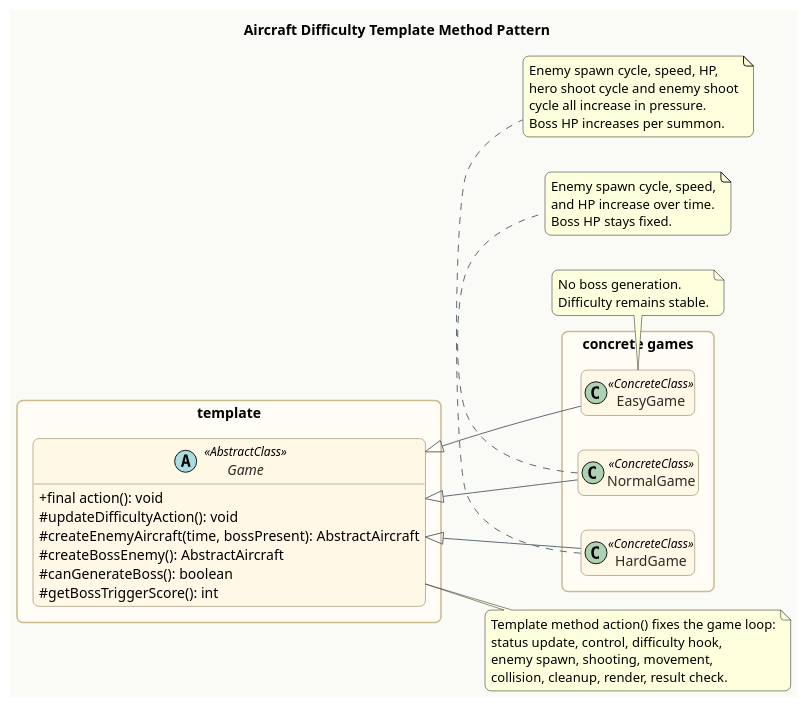
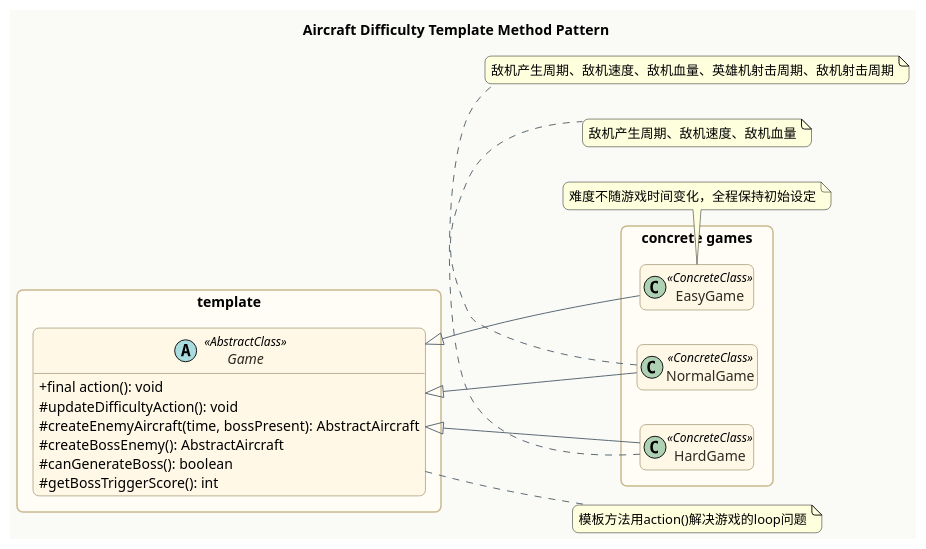
The diagram in uml/Template.puml (komariChikaA/planewar), drawn with PlantUML before and after one commit. The commit also changed 1 other file, not shown here.

```diff
--- a/uml/Template.puml
+++ b/uml/Template.puml
@@ -1,70 +1,61 @@
 @startuml
 title Aircraft Difficulty Template Method Pattern
 
 left to right direction
 skinparam backgroundColor #FAFAF7
 skinparam shadowing false
 skinparam roundcorner 12
 skinparam packageStyle rectangle
 skinparam classAttributeIconSize 0
 hide empty members
 
 skinparam package {
     BackgroundColor #FFFDF5
     BorderColor #C9B98F
 }
 
 skinparam class {
     BackgroundColor #FFF8E7
     BorderColor #7A6A43
     ArrowColor #5D6B75
     FontColor #2F2A22
 }
 
 package "template" {
     abstract class Game <<AbstractClass>> {
         + final action(): void
         # updateDifficultyAction(): void
         # createEnemyAircraft(time, bossPresent): AbstractAircraft
         # createBossEnemy(): AbstractAircraft
         # canGenerateBoss(): boolean
         # getBossTriggerScore(): int
     }
 }
 
 package "concrete games" {
     class EasyGame <<ConcreteClass>>
     class NormalGame <<ConcreteClass>>
     class HardGame <<ConcreteClass>>
 }
 
 Game <|-- EasyGame
 Game <|-- NormalGame
 Game <|-- HardGame
 
 note right of Game
-Template method action() fixes the game loop:
-status update, control, difficulty hook,
-enemy spawn, shooting, movement,
-collision, cleanup, render, result check.
+模板方法用action()解决游戏的loop问题
 end note
 
 note bottom of EasyGame
-No boss generation.
-Difficulty remains stable.
+难度不随游戏时间变化，全程保持初始设定
 end note
 
 note bottom of NormalGame
-Enemy spawn cycle, speed,
-and HP increase over time.
-Boss HP stays fixed.
+敌机产生周期、敌机速度、敌机血量
 end note
 
 note bottom of HardGame
-Enemy spawn cycle, speed, HP,
-hero shoot cycle and enemy shoot
-cycle all increase in pressure.
-Boss HP increases per summon.
+敌机产生周期、敌机速度、敌机血量、英雄机射击周期、敌机射击周期
 end note
 
 @enduml
```
